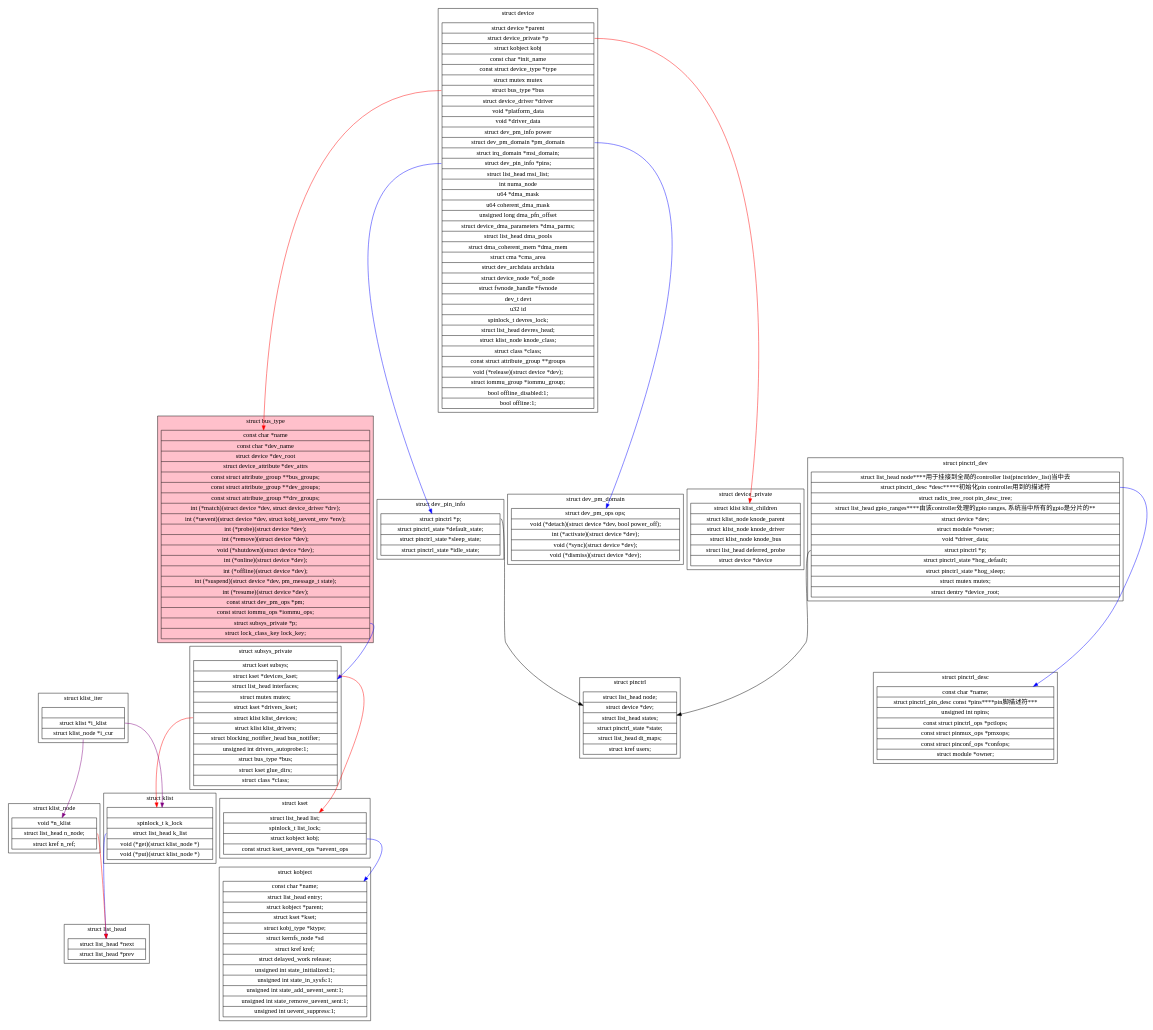
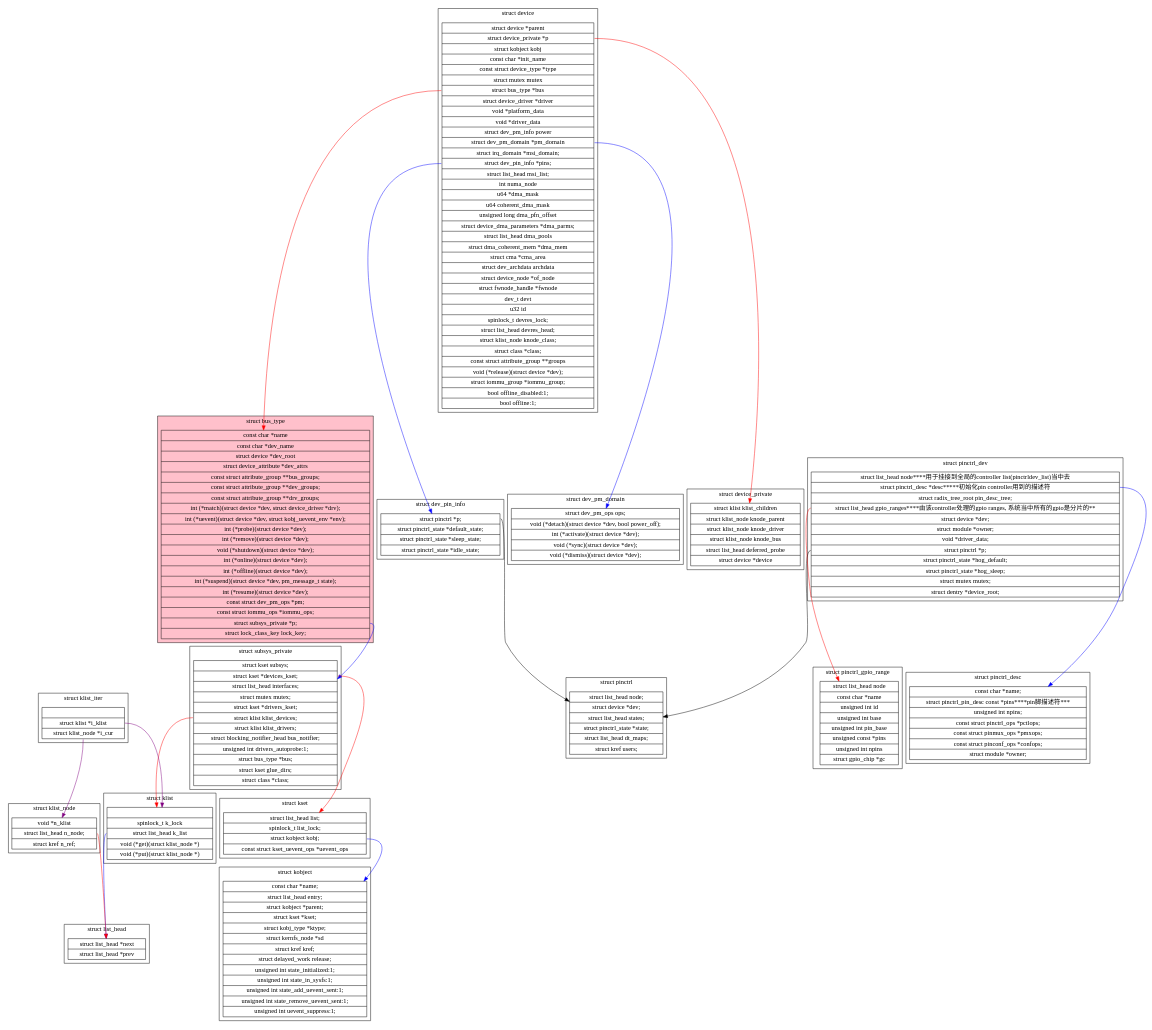
One commit to YsuXia/Debian-Learning changed the diagram in graphviz/kernel/platform-bus.dot. Above: the diagram before and after it, drawn with Graphviz. The commit also changed 8 other files, not shown here.

```diff
--- a/graphviz/kernel/platform-bus.dot
+++ b/graphviz/kernel/platform-bus.dot
@@ -91,7 +91,7 @@
 		struct list_head node****用于挂接到全局的controller list(pinctrldev_list)当中去
     |<desc>struct pinctrl_desc *desc*****初始化pin controller用到的描述符
     |struct radix_tree_root pin_desc_tree;
-    |struct list_head gpio_ranges****由该controller处理的gpio ranges, 系统当中所有的gpio是分片的**
+    |<ranges>struct list_head gpio_ranges****由该controller处理的gpio ranges, 系统当中所有的gpio是分片的**
     |struct device *dev;
     |struct module *owner;
     |void *driver_data;
@@ -102,6 +102,21 @@
     |struct dentry *device_root;
 	}"];
 	}
+	"struct pinctrl_dev":ranges->"struct pinctrl_gpio_range"[color=red];
+	subgraph cluster_struct_pinctrl_gpio_range{
+		label="struct pinctrl_gpio_range";
+		"struct pinctrl_gpio_range"[label="{
+			struct list_head node
+    |const char *name
+    |unsigned int id
+    |unsigned int base
+    |unsigned int pin_base
+    |unsigned const *pins
+    |unsigned int npins
+    |struct gpio_chip *gc
+		}"];
+	}
+
 	"struct pinctrl_dev":p->"struct pinctrl";
 	"struct pinctrl_dev":desc->"struct pinctrl_desc"[color=blue];
 	subgraph cluster_struct_pinctrl_desc{
```
